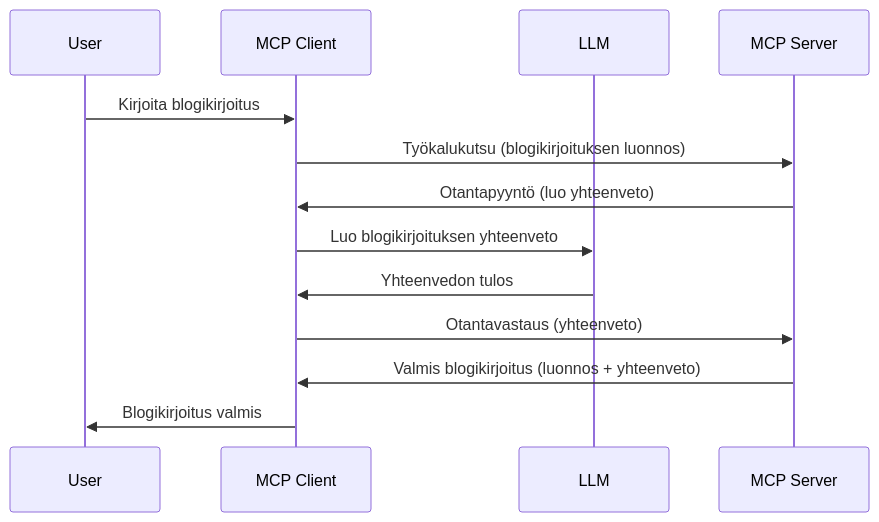
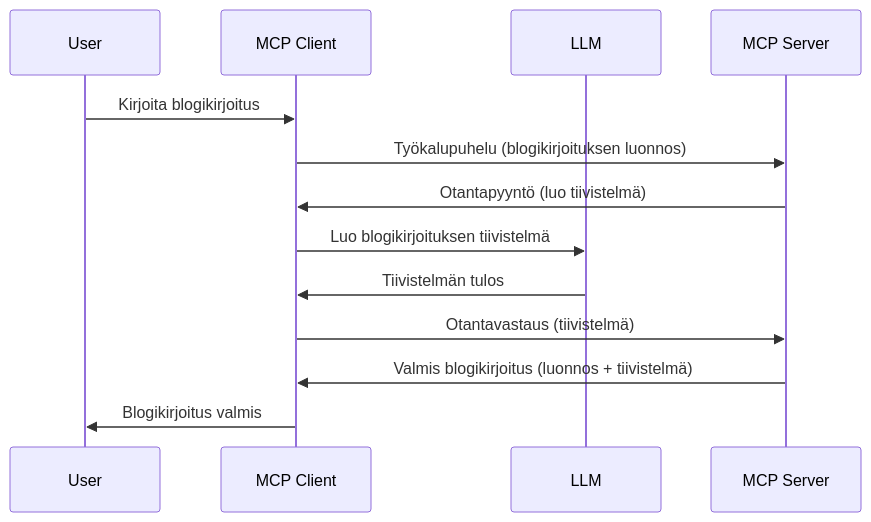
One commit to HIDORAKAI002/ai-workspace-archive changed the diagram in mcp_ecosystem__model_context_protocol/mcp_learning_resources/mcp-for-beginners/translations/fi/03-GettingStarted/14-sampling/README.md. Above: the diagram before and after it, drawn with Mermaid. The commit also changed other lines of this file and 1160 other files, not shown here.

````diff
--- a/mcp_ecosystem__model_context_protocol/mcp_learning_resources/mcp-for-beginners/translations/fi/03-GettingStarted/14-sampling/README.md
+++ b/mcp_ecosystem__model_context_protocol/mcp_learning_resources/mcp-for-beginners/translations/fi/03-GettingStarted/14-sampling/README.md
@@ -23,16 +23,16 @@
 ```mermaid
 sequenceDiagram
     participant User
     participant MCP Client
     participant LLM
     participant MCP Server
 
     User->>MCP Client: Kirjoita blogikirjoitus
-    MCP Client->>MCP Server: Työkalukutsu (blogikirjoituksen luonnos)
-    MCP Server->>MCP Client: Otantapyyntö (luo yhteenveto)
-    MCP Client->>LLM: Luo blogikirjoituksen yhteenveto
-    LLM->>MCP Client: Yhteenvedon tulos
-    MCP Client->>MCP Server: Otantavastaus (yhteenveto)
-    MCP Server->>MCP Client: Valmis blogikirjoitus (luonnos + yhteenveto)
+    MCP Client->>MCP Server: Työkalupuhelu (blogikirjoituksen luonnos)
+    MCP Server->>MCP Client: Otantapyyntö (luo tiivistelmä)
+    MCP Client->>LLM: Luo blogikirjoituksen tiivistelmä
+    LLM->>MCP Client: Tiivistelmän tulos
+    MCP Client->>MCP Server: Otantavastaus (tiivistelmä)
+    MCP Server->>MCP Client: Valmis blogikirjoitus (luonnos + tiivistelmä)
     MCP Client->>User: Blogikirjoitus valmis
 ```
````
